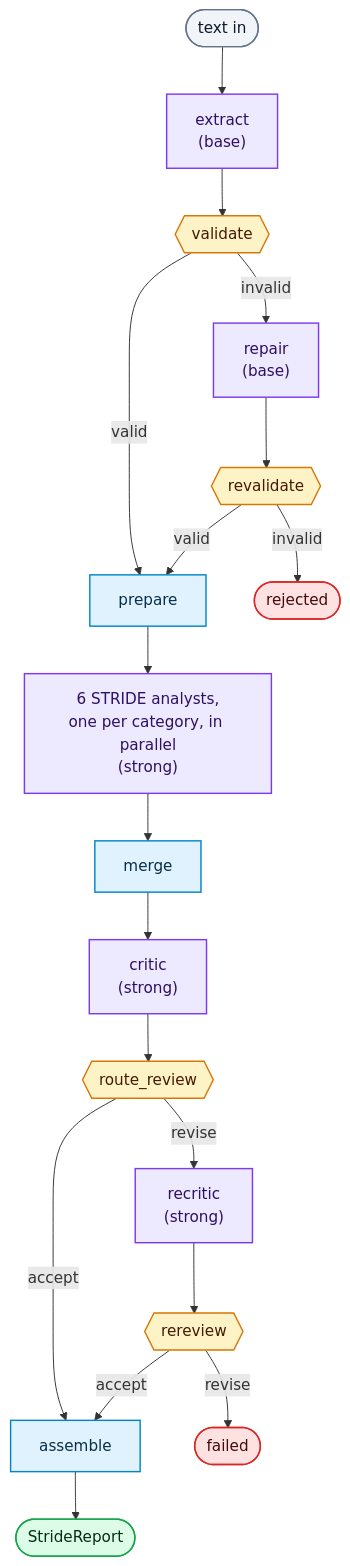
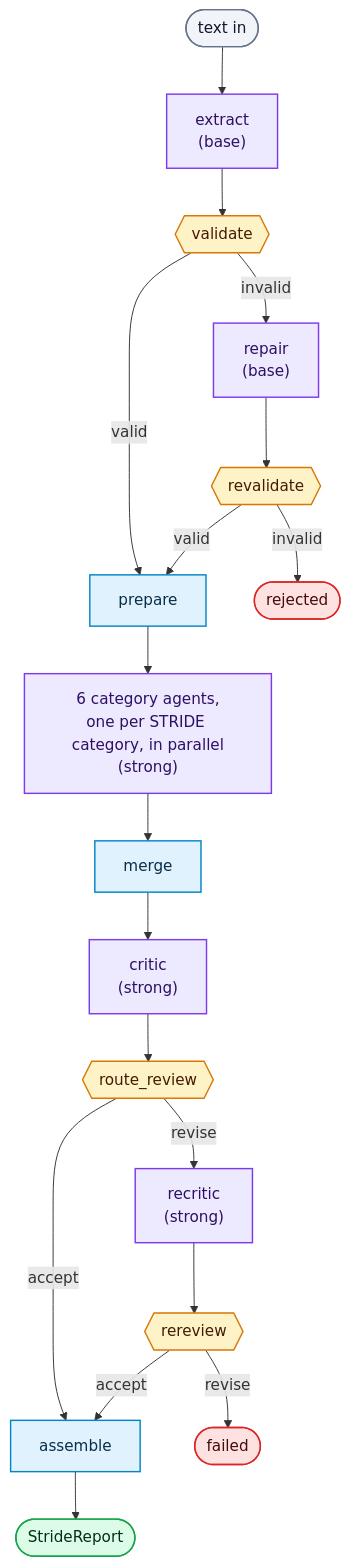
The diagram in docs/Architecture.md (mstarks01/work-agent), drawn with Mermaid before and after one commit. The commit also changed other lines of this file and 12 other files, not shown here.

````diff
--- a/docs/Architecture.md
+++ b/docs/Architecture.md
@@ -13,36 +13,36 @@
 ```mermaid
 flowchart TD
     start([text in]) --> extract["extract<br/>(base)"]
     extract --> validate{{validate}}
     validate -- valid --> prepare[prepare]
     validate -- invalid --> repair["repair<br/>(base)"]
     repair --> revalidate{{revalidate}}
     revalidate -- valid --> prepare
     revalidate -- invalid --> reject([rejected])
 
-    prepare --> analysts["6 STRIDE analysts,<br/>one per category, in parallel<br/>(strong)"]
-    analysts --> merge[merge]
+    prepare --> analyze["6 category agents,<br/>one per STRIDE category, in parallel<br/>(strong)"]
+    analyze --> merge[merge]
     merge --> critic["critic<br/>(strong)"]
     critic --> router{{route_review}}
 
     router -- accept --> assemble[assemble]
     router -- revise --> recritic["recritic<br/>(strong)"]
     recritic --> rereview{{rereview}}
     rereview -- accept --> assemble
     rereview -- revise --> failed([failed])
     assemble --> report([StrideReport])
 
     classDef llm fill:#ede9fe,stroke:#7c3aed,stroke-width:1.5px,color:#2e1065
     classDef code fill:#e0f2fe,stroke:#0284c7,stroke-width:1.5px,color:#082f49
     classDef gate fill:#fef3c7,stroke:#d97706,stroke-width:1.5px,color:#451a03
     classDef good fill:#dcfce7,stroke:#16a34a,stroke-width:1.5px,color:#052e16
     classDef bad fill:#fee2e2,stroke:#dc2626,stroke-width:1.5px,color:#450a0a
     classDef io fill:#f1f5f9,stroke:#64748b,stroke-width:1.5px,color:#0f172a
 
-    class extract,repair,analysts,critic,recritic llm
+    class extract,repair,analyze,critic,recritic llm
     class prepare,merge,assemble code
     class validate,revalidate,router,rereview gate
     class report good
     class reject,failed bad
     class start io
 ```
````
